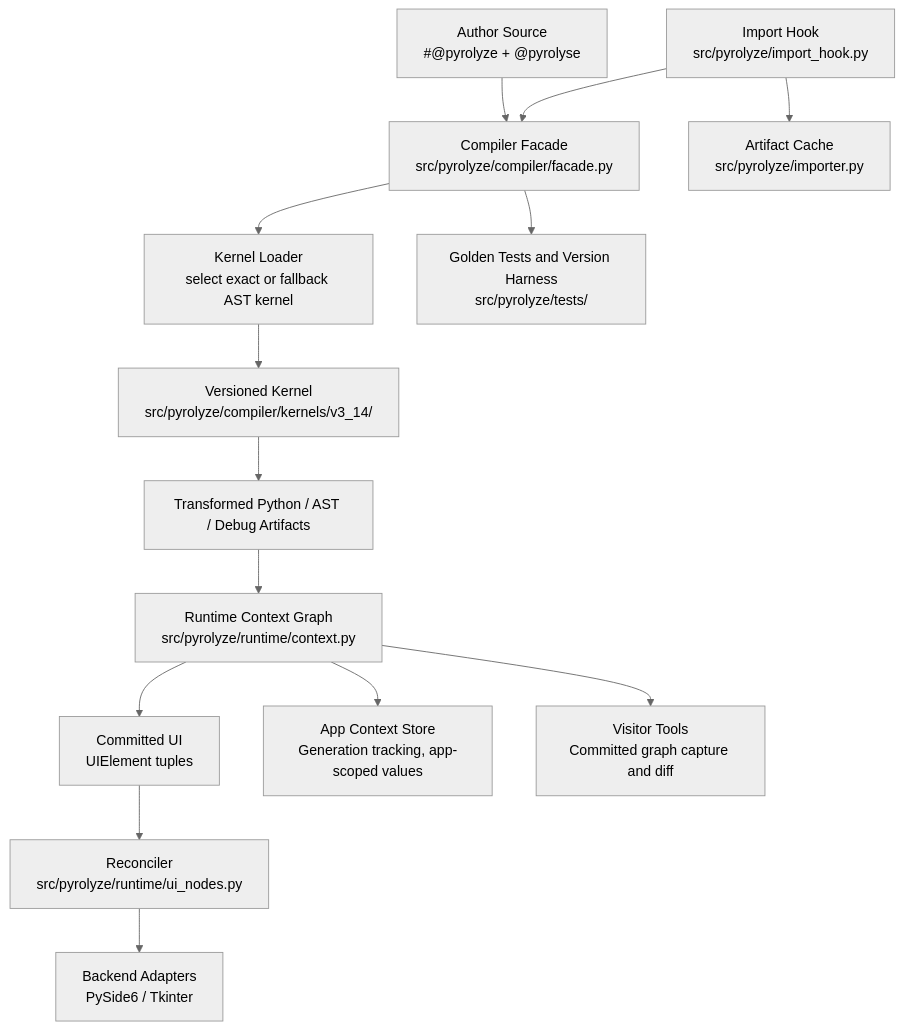
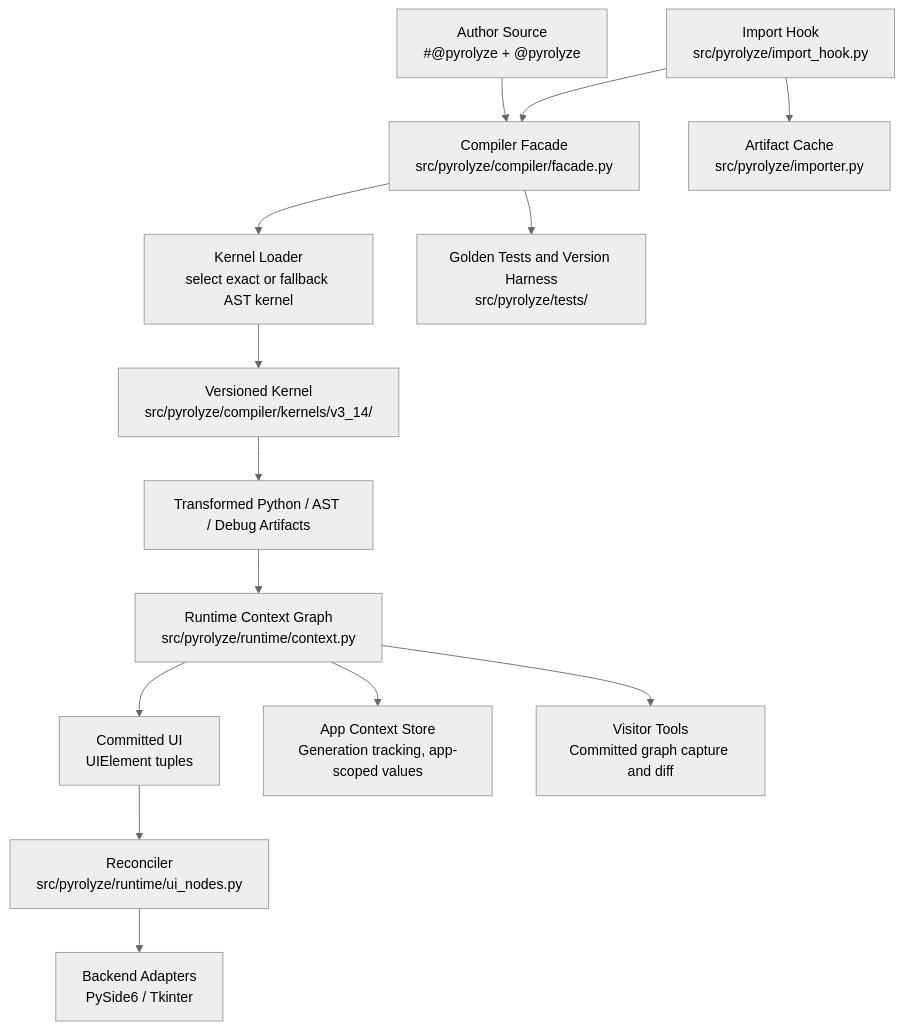
The diagram in docs/overview/System_Map.md (owebeeone/pyrolyze), drawn with Mermaid (neutral theme) before and after one commit. The commit also changed 77 other files, not shown here.

````diff
--- a/docs/overview/System_Map.md
+++ b/docs/overview/System_Map.md
@@ -5,17 +5,17 @@
 ```mermaid
 flowchart TD
-    A["Author Source\n#@pyrolyze + @pyrolyse"] --> B["Compiler Facade\nsrc/pyrolyze/compiler/facade.py"]
+    A["Author Source\n#@pyrolyze + @pyrolyze"] --> B["Compiler Facade\nsrc/pyrolyze/compiler/facade.py"]
     B --> C["Kernel Loader\nselect exact or fallback AST kernel"]
     C --> D["Versioned Kernel\nsrc/pyrolyze/compiler/kernels/v3_14/"]
     D --> E["Transformed Python / AST / Debug Artifacts"]
     E --> F["Runtime Context Graph\nsrc/pyrolyze/runtime/context.py"]
     F --> G["Committed UI\nUIElement tuples"]
     G --> H["Reconciler\nsrc/pyrolyze/runtime/ui_nodes.py"]
     H --> I["Backend Adapters\nPySide6 / Tkinter"]
 
     F --> J["App Context Store\nGeneration tracking, app-scoped values"]
     F --> K["Visitor Tools\nCommitted graph capture and diff"]
     B --> L["Golden Tests and Version Harness\nsrc/pyrolyze/tests/"]
     M["Import Hook\nsrc/pyrolyze/import_hook.py"] --> B
     M --> N["Artifact Cache\nsrc/pyrolyze/importer.py"]
 ```
````
